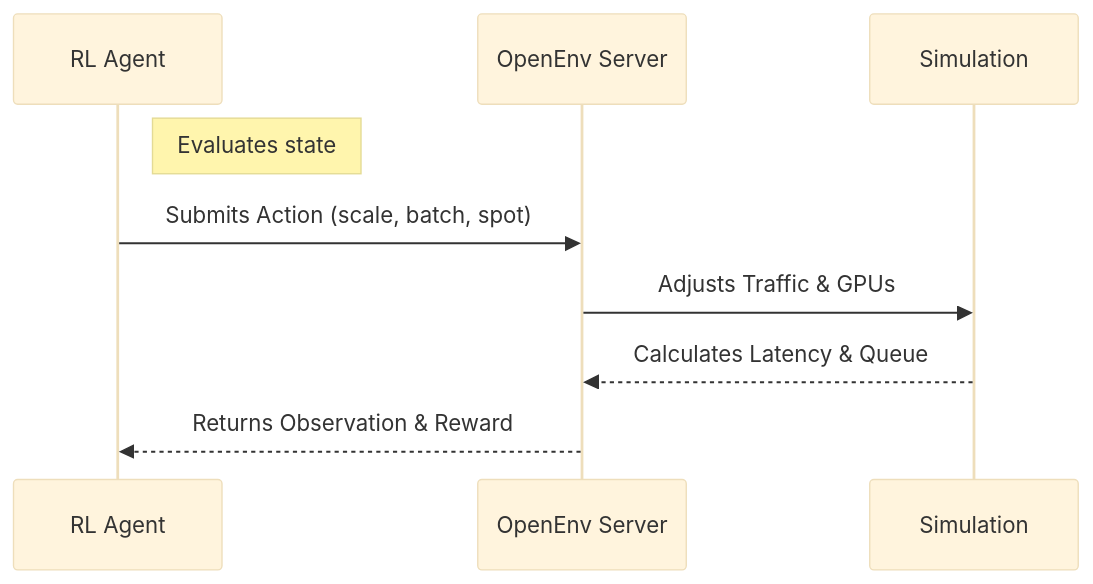
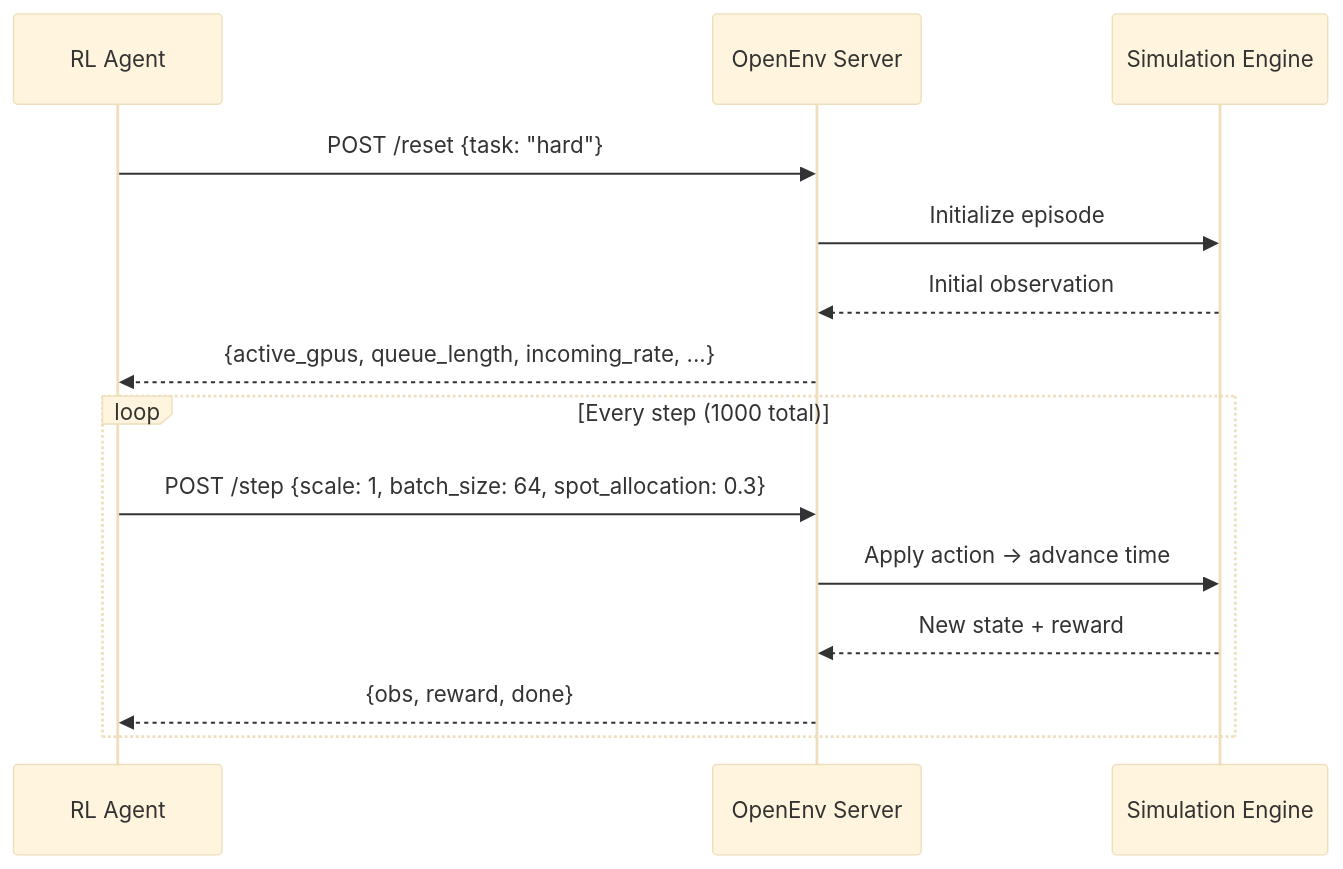
Before and after one commit to tanushrithakare/llm-serving-autoscaler-environment: the diagram in README.md, drawn with Mermaid (base theme). The commit also changed other lines of this file and 9 other files, not shown here.

````diff
--- a/README.md
+++ b/README.md
@@ -27,12 +58,18 @@
 ```mermaid
 sequenceDiagram
     participant Agent as RL Agent
     participant Server as OpenEnv Server
-    participant Cluster as Simulation
-    
-    Note right of Agent: Evaluates state
-    Agent->>Server: Submits Action (scale, batch, spot)
-    Server->>Cluster: Adjusts Traffic & GPUs
-    Cluster-->>Server: Calculates Latency & Queue
-    Server-->>Agent: Returns Observation & Reward
+    participant Sim as Simulation Engine
+
+    Agent->>Server: POST /reset  {task: "hard"}
+    Server->>Sim: Initialize episode
+    Sim-->>Server: Initial observation
+    Server-->>Agent: {active_gpus, queue_length, incoming_rate, ...}
+
+    loop Every step (1000 total)
+        Agent->>Server: POST /step  {scale: 1, batch_size: 64, spot_allocation: 0.3}
+        Server->>Sim: Apply action → advance time
+        Sim-->>Server: New state + reward
+        Server-->>Agent: {obs, reward, done}
+    end
 ```
````
